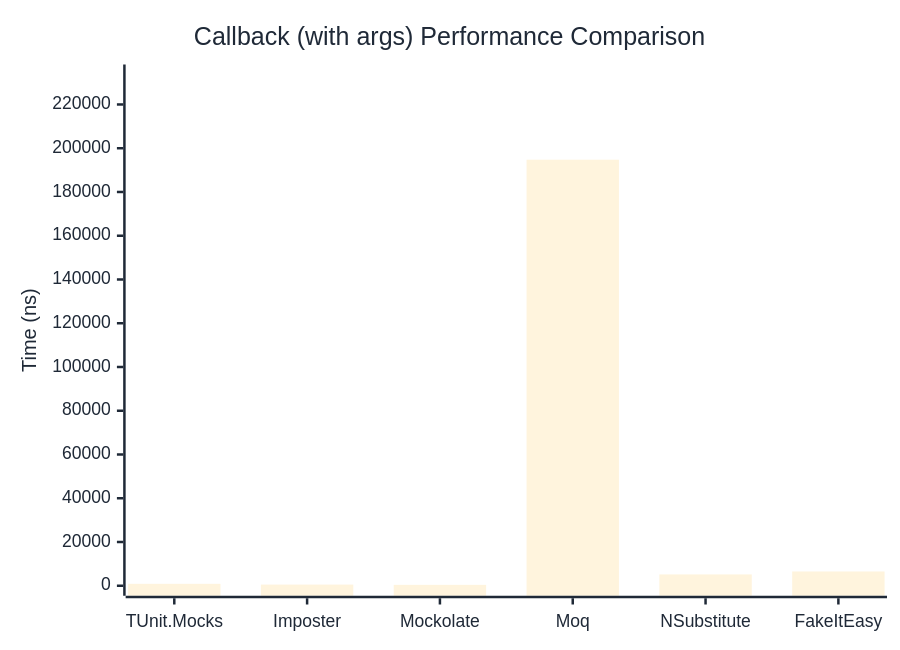
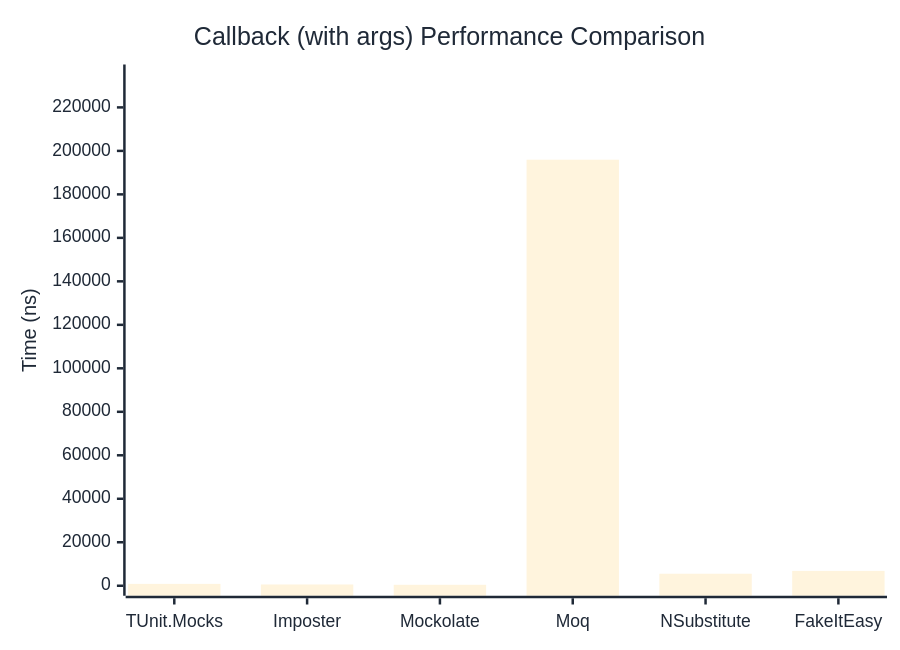
One commit to thomhurst/TUnit changed the second of 2 diagrams in docs/docs/benchmarks/mocks/Callback.md. Above: the diagram before and after it, drawn with Mermaid. The commit also changed other lines of this file and 14 other files, not shown here.

````diff
--- a/docs/docs/benchmarks/mocks/Callback.md
+++ b/docs/docs/benchmarks/mocks/Callback.md
@@ -71,27 +71,27 @@
 ```mermaid
 %%{init: {
   'theme':'base',
   'themeVariables': {
     'primaryColor': '#2563eb',
     'primaryTextColor': '#1f2937',
     'primaryBorderColor': '#1e40af',
     'lineColor': '#6b7280',
     'secondaryColor': '#7c3aed',
     'tertiaryColor': '#dc2626',
     'background': '#ffffff',
     'pie1': '#2563eb',
     'pie2': '#7c3aed',
     'pie3': '#dc2626',
     'pie4': '#f59e0b',
     'pie5': '#10b981',
     'pie6': '#06b6d4',
     'pie7': '#ec4899',
     'pie8': '#6366f1'
   }
 }}%%
 xychart-beta
   title "Callback (with args) Performance Comparison"
   x-axis ["TUnit.Mocks", "Imposter", "Mockolate", "Moq", "NSubstitute", "FakeItEasy"]
-  y-axis "Time (ns)" 0 --> 233702
-  bar [877.9, 534.5, 416.7, 194751.1, 5175.6, 6529.5]
+  y-axis "Time (ns)" 0 --> 235131
+  bar [860, 589.4, 442.2, 195942.5, 5520.9, 6822.5]
 ```
````
